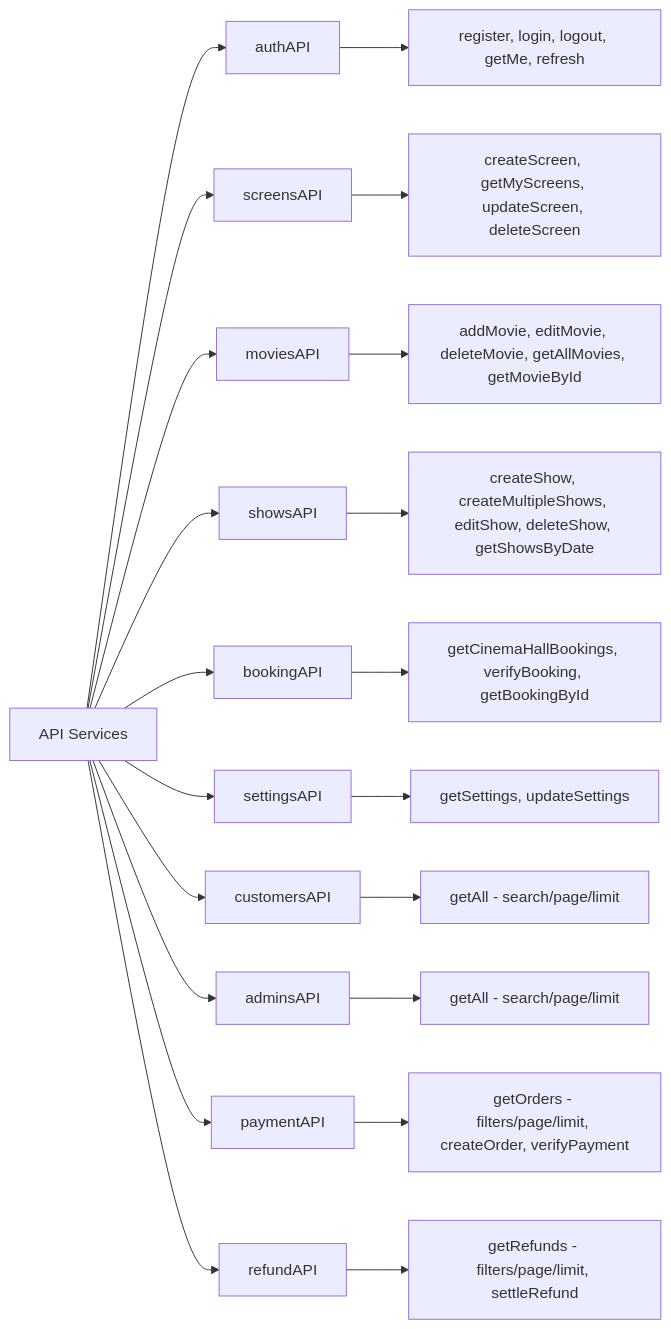
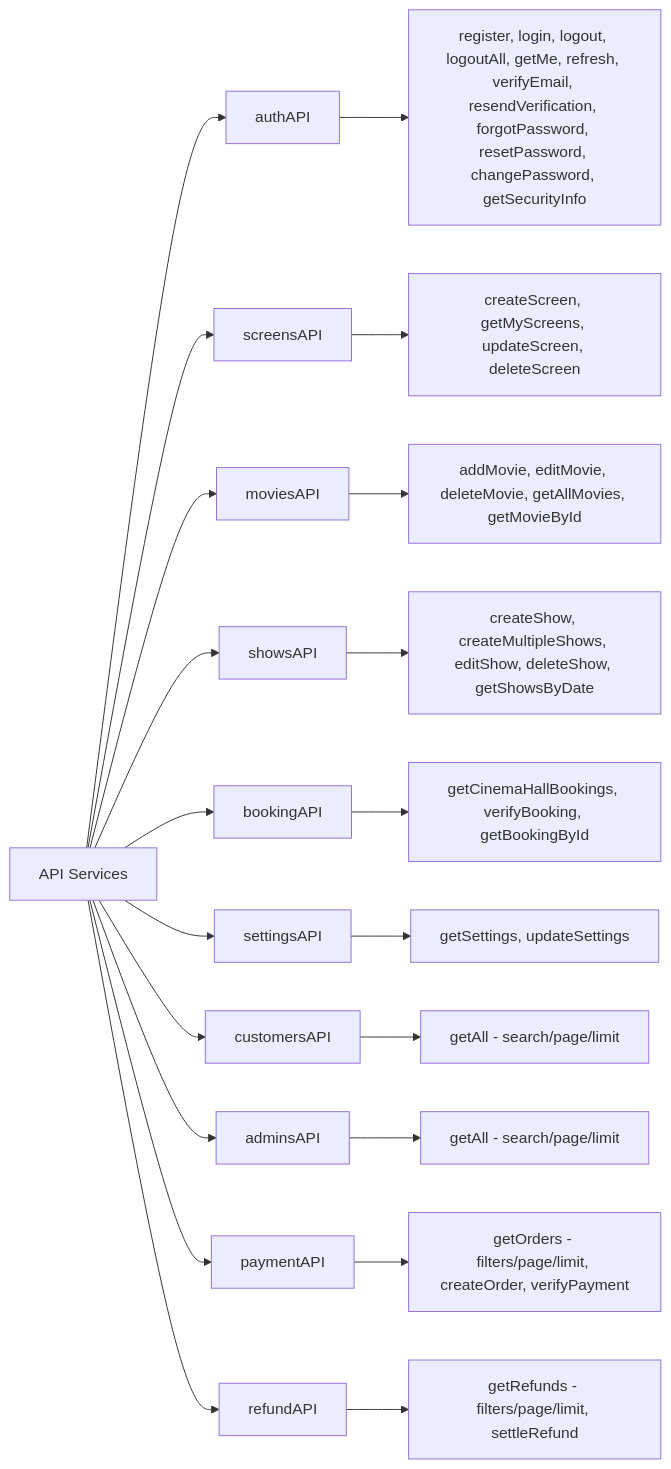
Diagram 12 of 17 in admin.md (hduraimurugan/cinema-app-docs), drawn with Mermaid before and after one commit. The commit also changed other lines of this file and 2 other files, not shown here.

First line of the commit message:
feat: Implement Admin Auth Security Upgrade

````diff
--- a/admin.md
+++ b/admin.md
@@ -1539,24 +1588,24 @@
 ```mermaid
 graph LR
     A[API Services] --> B[authAPI]
     A --> C[screensAPI]
     A --> D[moviesAPI]
     A --> E[showsAPI]
     A --> F[bookingAPI]
     A --> G2[settingsAPI]
     A --> G3[customersAPI]
     A --> G4[adminsAPI]
     A --> G5[paymentAPI]
     A --> G6[refundAPI]
 
-    B --> G[register, login, logout, getMe, refresh]
+    B --> G[register, login, logout, logoutAll, getMe, refresh, verifyEmail, resendVerification, forgotPassword, resetPassword, changePassword, getSecurityInfo]
     C --> H[createScreen, getMyScreens, updateScreen, deleteScreen]
     D --> I[addMovie, editMovie, deleteMovie, getAllMovies, getMovieById]
     E --> J[createShow, createMultipleShows, editShow, deleteShow, getShowsByDate]
     F --> K[getCinemaHallBookings, verifyBooking, getBookingById]
     G2 --> L[getSettings, updateSettings]
     G3 --> M[getAll - search/page/limit]
     G4 --> N[getAll - search/page/limit]
     G5 --> O[getOrders - filters/page/limit, createOrder, verifyPayment]
     G6 --> P[getRefunds - filters/page/limit, settleRefund]
 ```
````
